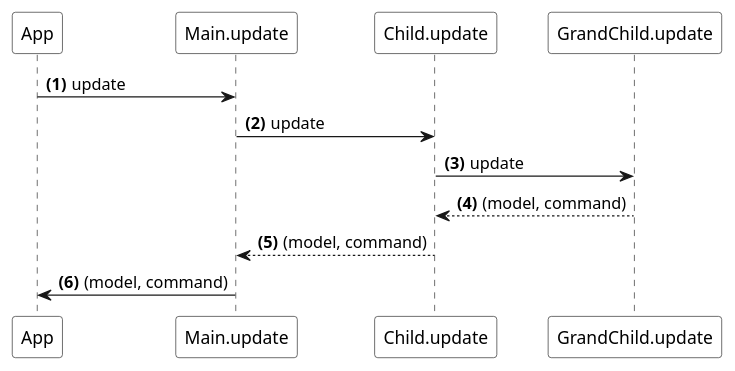
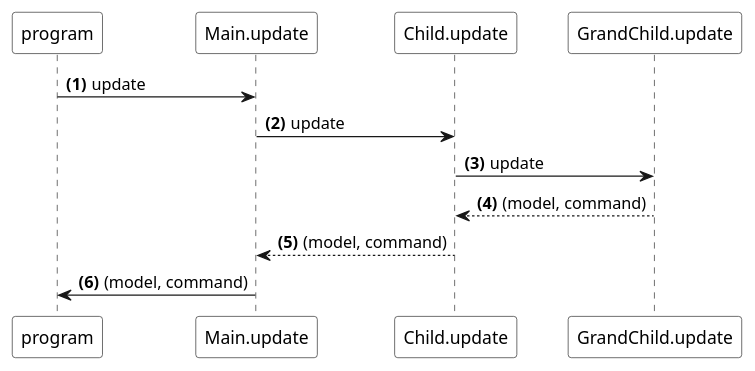
The diagram in en/03-subs-cmds/02-commands.pu (sporto/elm-tutorial), drawn with PlantUML before and after one commit. The commit also changed 6 other files, not shown here.

```diff
--- a/en/03-subs-cmds/02-commands.pu
+++ b/en/03-subs-cmds/02-commands.pu
@@ -1,16 +1,16 @@
 @startuml
 autonumber "<b>(#)"
 
-participant App #white
+participant program #white
 participant Main.update as MU #white
 participant Child.update as CU #white
 participant GrandChild.update as GC #white
 
-App -> MU: update
+program -> MU: update
 MU -> CU: update
 CU -> GC: update
 GC --> CU: (model, command)
 CU --> MU: (model, command)
-MU -> App : (model, command)
+MU -> program : (model, command)
 
 @enduml
```
